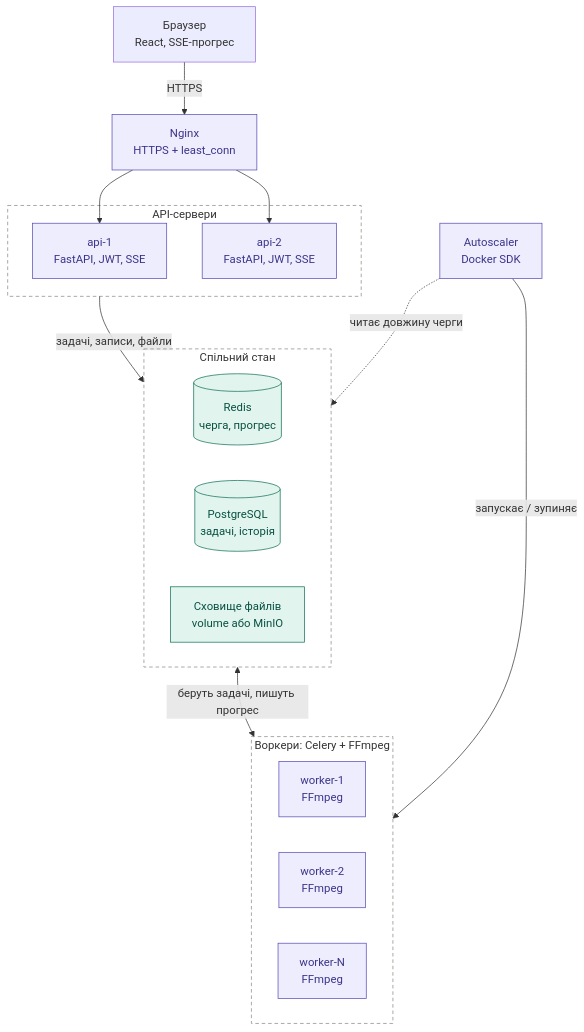
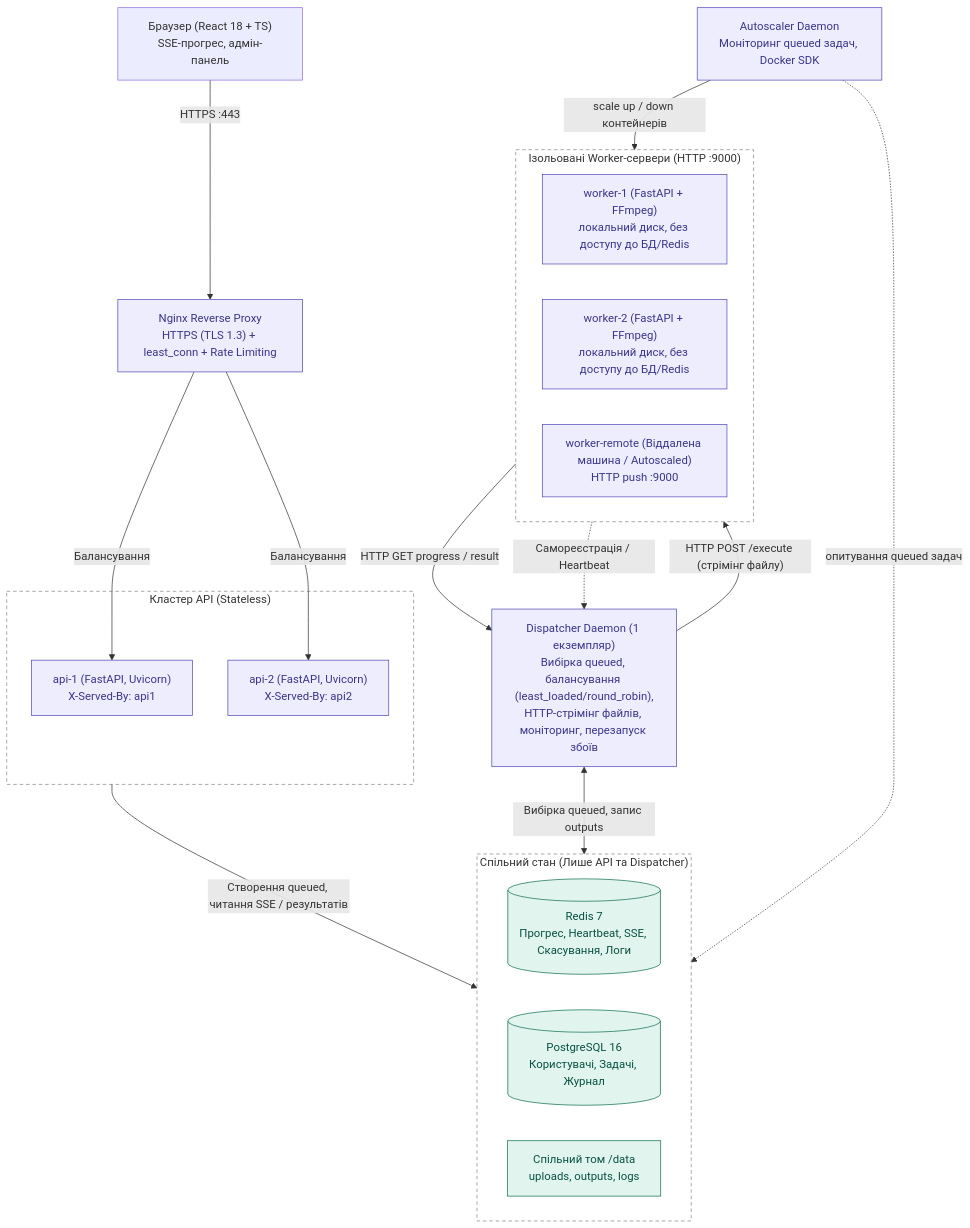
The diagram in docs/architecture.md (komarkr/Cloud-video-processor), drawn with Mermaid before and after one commit. The commit also changed other lines of this file and 15 other files, not shown here.

Commit message:
Phase 4: Complete test suite updates (86/86 passing), frontend Dispatcher Log, and architecture documentation

````diff
--- a/docs/architecture.md
+++ b/docs/architecture.md
@@ -7,41 +9,46 @@
 ```mermaid
 flowchart TB
-    Browser["Браузер<br/>React, SSE-прогрес"]
-    Nginx["Nginx<br/>HTTPS + least_conn"]
+    Browser["Браузер (React 18 + TS)<br/>SSE-прогрес, адмін-панель"]
+    Nginx["Nginx Reverse Proxy<br/>HTTPS (TLS 1.3) + least_conn + Rate Limiting"]
 
-    subgraph API["API-сервери"]
-        API1["api-1<br/>FastAPI, JWT, SSE"]
-        API2["api-2<br/>FastAPI, JWT, SSE"]
+    subgraph API_CLUSTER["Кластер API (Stateless)"]
+        API1["api-1 (FastAPI, Uvicorn)<br/>X-Served-By: api1"]
+        API2["api-2 (FastAPI, Uvicorn)<br/>X-Served-By: api2"]
     end
 
-    subgraph STATE["Спільний стан"]
-        Redis[("Redis<br/>черга, прогрес")]
-        PG[("PostgreSQL<br/>задачі, історія")]
-        Files["Сховище файлів<br/>volume або MinIO"]
+    subgraph CORE_STATE["Спільний стан (Лише API та Dispatcher)"]
+        Redis[("Redis 7<br/>Прогрес, Heartbeat, SSE, Скасування, Логи")]
+        PG[("PostgreSQL 16<br/>Користувачі, Задачі, Журнал")]
+        Files["Спільний том /data<br/>uploads, outputs, logs"]
     end
 
-    subgraph WORKERS["Воркери: Celery + FFmpeg"]
-        W1["worker-1<br/>FFmpeg"]
-        W2["worker-2<br/>FFmpeg"]
-        WN["worker-N<br/>FFmpeg"]
+    Dispatcher["Dispatcher Daemon (1 екземпляр)<br/>Вибірка queued, балансування (least_loaded/round_robin),<br/>HTTP-стрімінг файлів, моніторинг, перезапуск збоїв"]
+
+    subgraph WORKER_POOL["Ізольовані Worker-сервери (HTTP :9000)"]
+        W1["worker-1 (FastAPI + FFmpeg)<br/>локальний диск, без доступу до БД/Redis"]
+        W2["worker-2 (FastAPI + FFmpeg)<br/>локальний диск, без доступу до БД/Redis"]
+        WN["worker-remote (Віддалена машина / Autoscaled)<br/>HTTP push :9000"]
     end
 
-    Autoscaler["Autoscaler<br/>Docker SDK"]
+    Autoscaler["Autoscaler Daemon<br/>Моніторинг queued задач, Docker SDK"]
 
-    Browser -->|HTTPS| Nginx
-    Nginx --> API1
-    Nginx --> API2
-    API -->|"задачі, записи, файли"| STATE
-    STATE <-->|"беруть задачі, пишуть прогрес"| WORKERS
-    Autoscaler -->|"запускає / зупиняє"| WORKERS
-    Autoscaler -.->|"читає довжину черги"| STATE
+    Browser -->|HTTPS :443| Nginx
+    Nginx -->|Балансування| API1
+    Nginx -->|Балансування| API2
+    API_CLUSTER -->|"Створення queued, читання SSE / результатів"| CORE_STATE
+    Dispatcher <-->|"Вибірка queued, запис outputs"| CORE_STATE
+    Dispatcher -->|"HTTP POST /execute (стрімінг файлу)"| WORKER_POOL
+    WORKER_POOL -->|"HTTP GET progress / result"| Dispatcher
+    WORKER_POOL -.->|"Самореєстрація / Heartbeat"| Dispatcher
+    Autoscaler -->|"scale up / down контейнерів"| WORKER_POOL
+    Autoscaler -.->|"опитування queued задач"| CORE_STATE
 
     classDef app fill:#EEEDFE,stroke:#534AB7,color:#3C3489
     classDef state fill:#E1F5EE,stroke:#0F6E56,color:#085041
-    class Nginx,API1,API2,W1,W2,WN,Autoscaler app
+    class Nginx,API1,API2,Dispatcher,W1,W2,WN,Autoscaler app
     class Redis,PG,Files state
 
-    style API fill:none,stroke:#888780,stroke-dasharray:5 4
-    style STATE fill:none,stroke:#888780,stroke-dasharray:5 4
-    style WORKERS fill:none,stroke:#888780,stroke-dasharray:5 4
+    style API_CLUSTER fill:none,stroke:#888780,stroke-dasharray:5 4
+    style CORE_STATE fill:none,stroke:#888780,stroke-dasharray:5 4
+    style WORKER_POOL fill:none,stroke:#888780,stroke-dasharray:5 4
 ```
````
